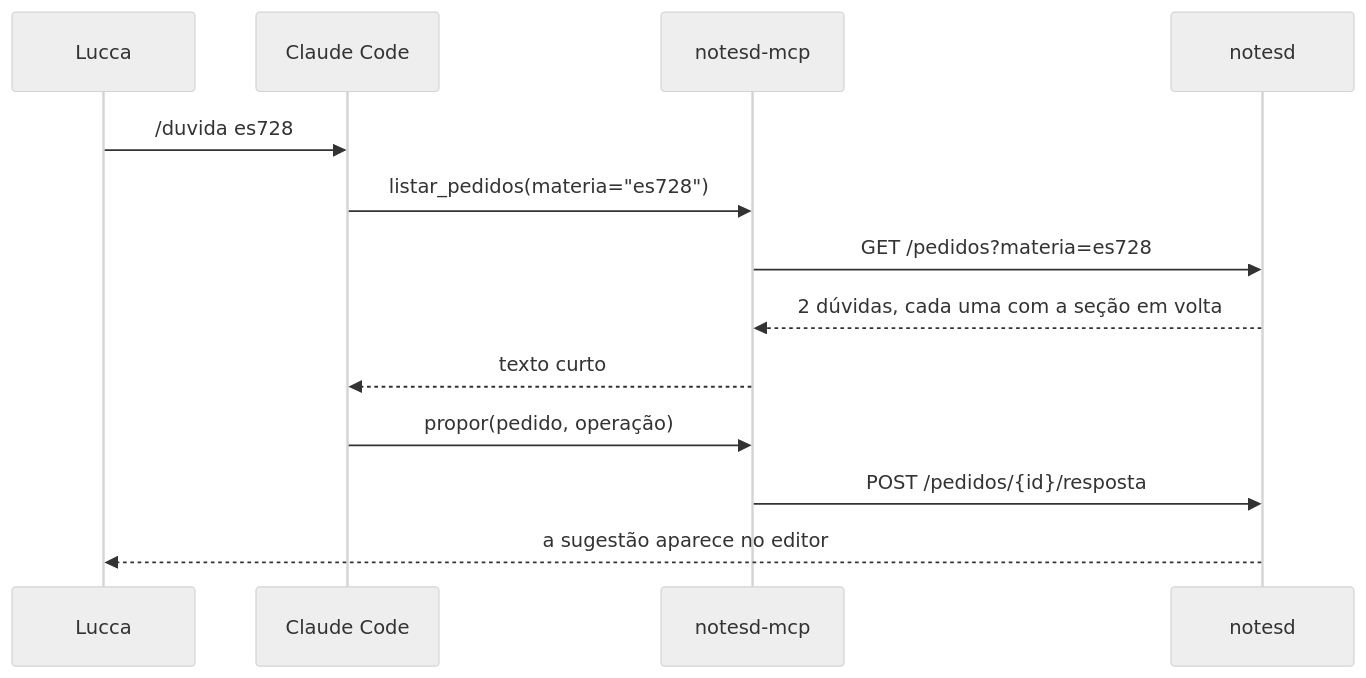
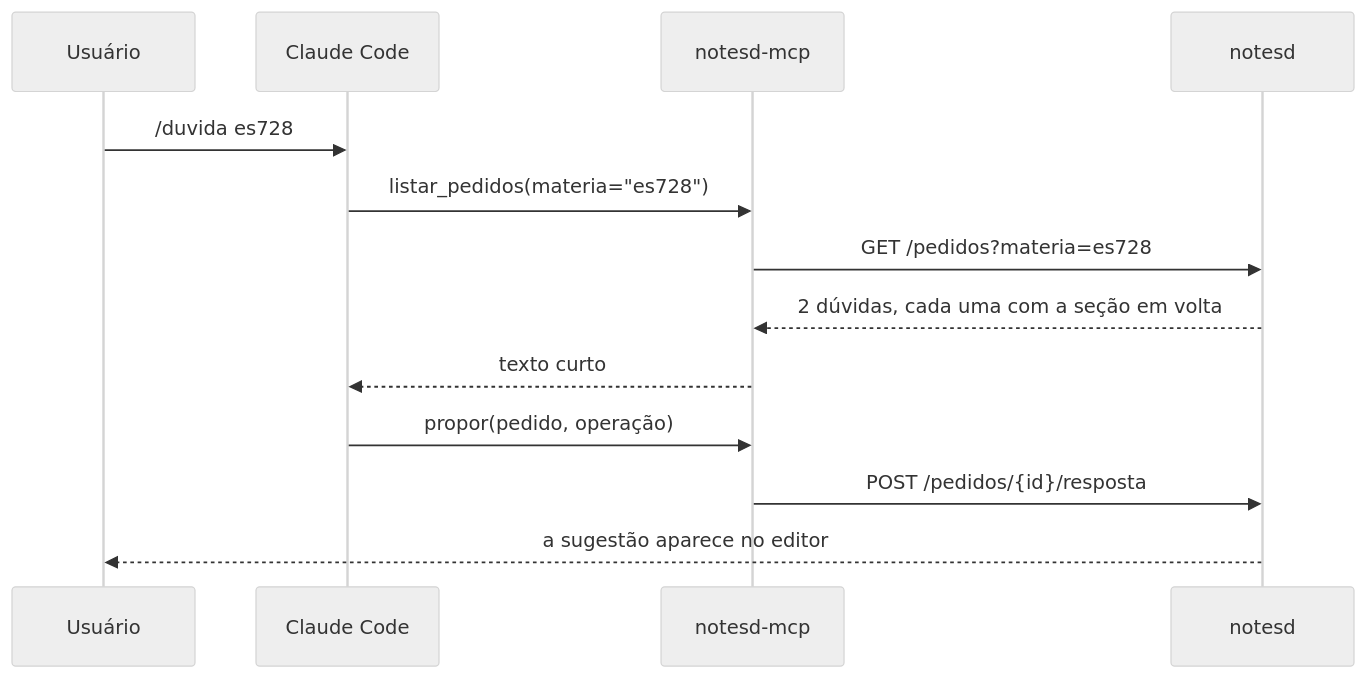
Before and after one commit to LuccaRh/NoteProject: the diagram in ai/obsidian/IA no projeto/MCP — a IA como cliente do daemon.md, drawn with Mermaid (neutral theme). The commit also changed other lines of this file and 28 other files, not shown here.

````diff
--- a/ai/obsidian/IA no projeto/MCP — a IA como cliente do daemon.md
+++ b/ai/obsidian/IA no projeto/MCP — a IA como cliente do daemon.md
@@ -14,15 +14,15 @@
 ```mermaid
 sequenceDiagram
-  participant L as Lucca
+  participant U as Usuário
   participant C as Claude Code
   participant M as notesd-mcp
   participant D as notesd
-  L->>C: /duvida es728
+  U->>C: /duvida es728
   C->>M: listar_pedidos(materia="es728")
   M->>D: GET /pedidos?materia=es728
   D-->>M: 2 dúvidas, cada uma com a seção em volta
   M-->>C: texto curto
   C->>M: propor(pedido, operação)
   M->>D: POST /pedidos/{id}/resposta
-  D-->>L: a sugestão aparece no editor
+  D-->>U: a sugestão aparece no editor
 ```
````
